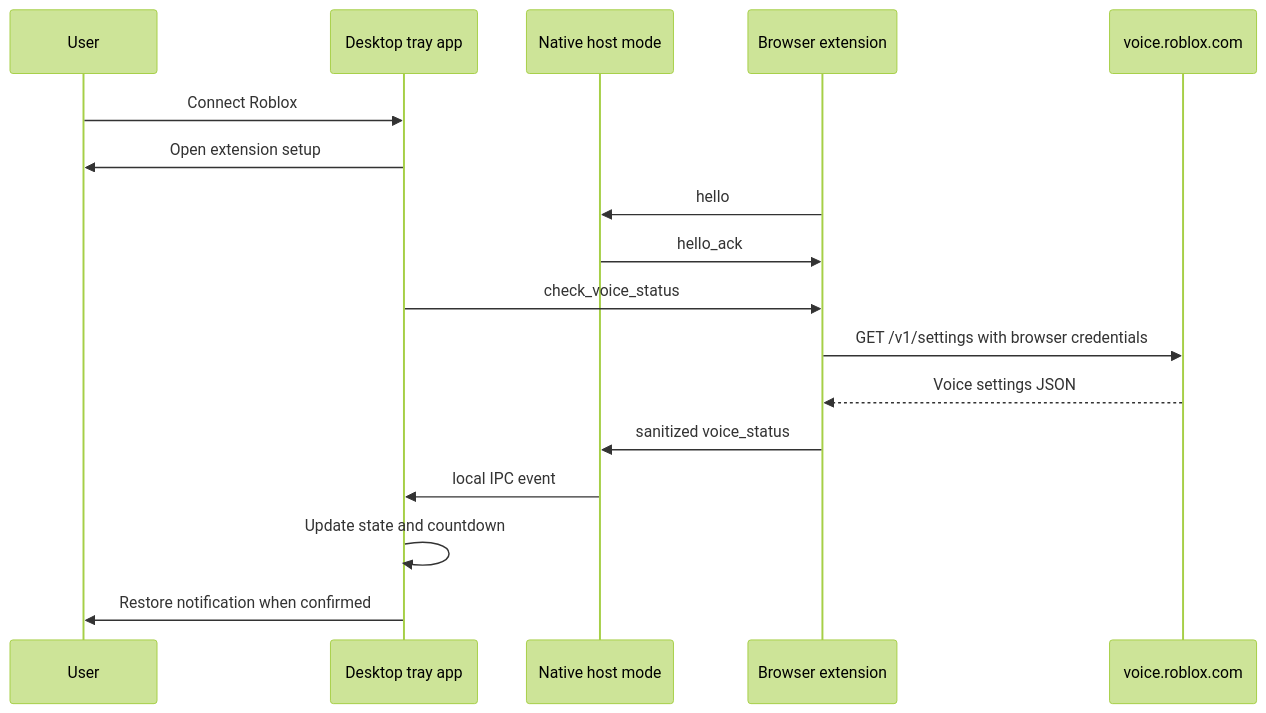
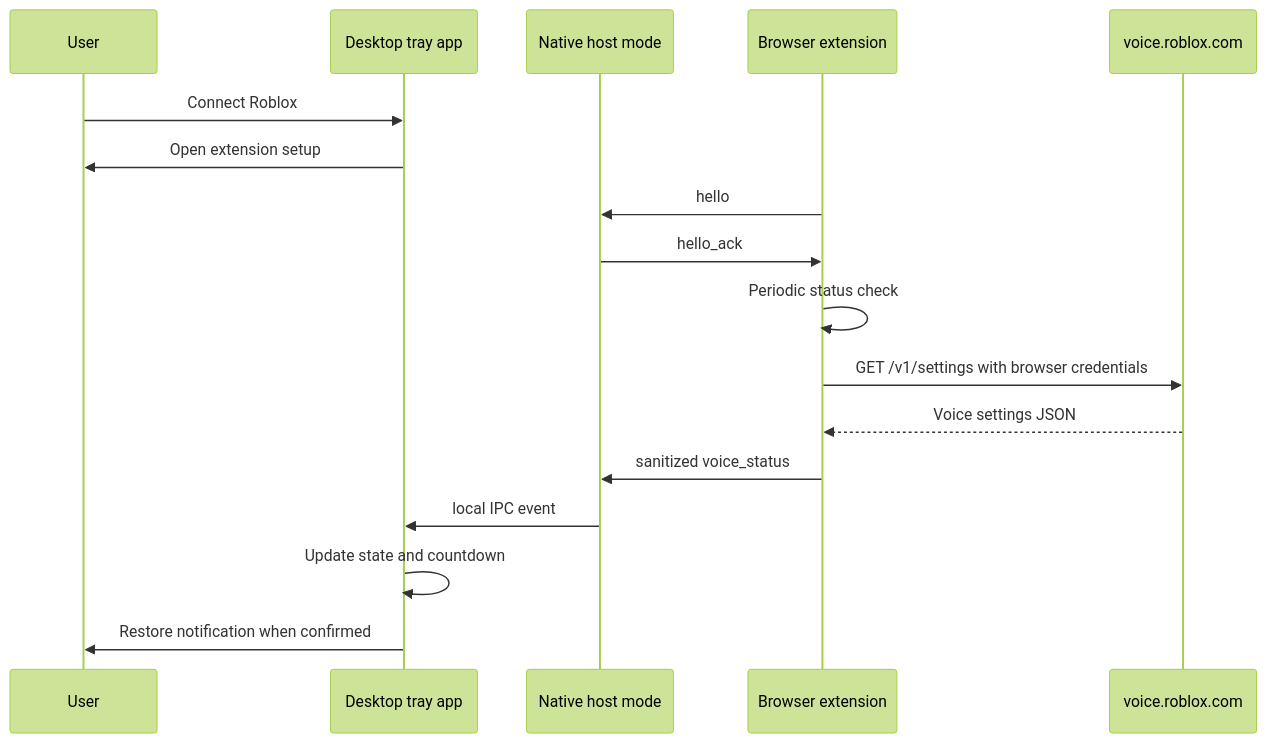
One commit to Qxshio/VoiceWatch changed the diagram in docs/ARCHITECTURE.md. Above: the diagram before and after it, drawn with Mermaid (forest theme). The commit also changed other lines of this file and 27 other files, not shown here.

````diff
--- a/docs/ARCHITECTURE.md
+++ b/docs/ARCHITECTURE.md
@@ -14,20 +14,20 @@
 ```mermaid
 sequenceDiagram
     participant User
     participant Tray as Desktop tray app
     participant Host as Native host mode
     participant Ext as Browser extension
     participant Roblox as voice.roblox.com
 
     User->>Tray: Connect Roblox
     Tray->>User: Open extension setup
     Ext->>Host: hello
     Host->>Ext: hello_ack
-    Tray->>Ext: check_voice_status
+    Ext->>Ext: Periodic status check
     Ext->>Roblox: GET /v1/settings with browser credentials
     Roblox-->>Ext: Voice settings JSON
     Ext->>Host: sanitized voice_status
     Host->>Tray: local IPC event
     Tray->>Tray: Update state and countdown
     Tray->>User: Restore notification when confirmed
 ```
````
